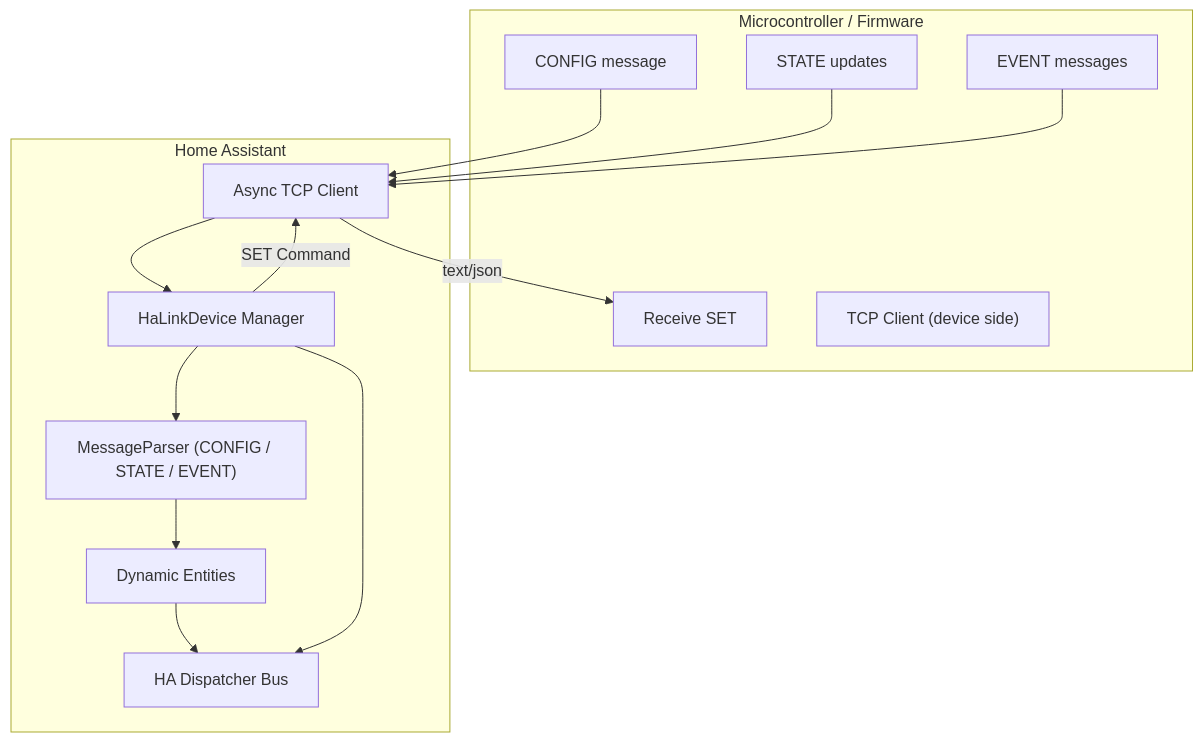
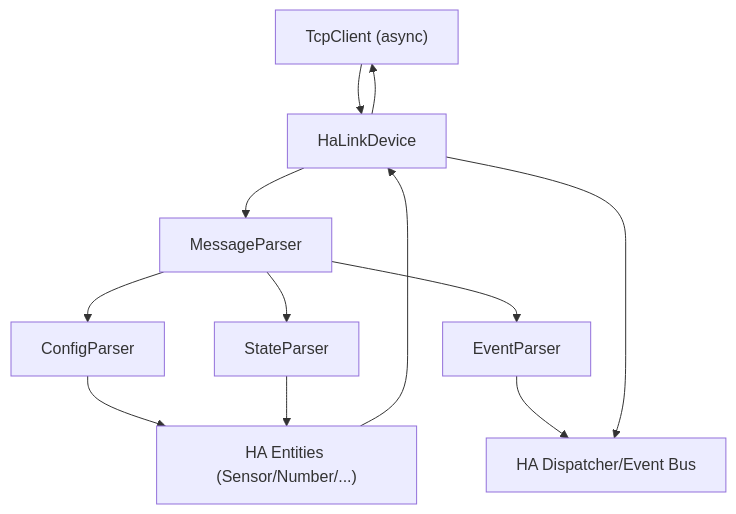
Before and after one commit to jzolee/HaLink: the second of 2 diagrams in README.md, drawn with Mermaid. The commit also changed other lines of this file, not shown here.

````diff
--- a/README.md
+++ b/README.md
@@ -94,33 +74,18 @@
 ```mermaid
 flowchart TD
+    HA_TCP["TcpClient (async)"]
+    DEV["HaLinkDevice"]
+    MP["MessageParser"]
+    CP["ConfigParser"]
+    SP["StateParser"]
+    EP["EventParser"]
+    ENT["HA Entities (Sensor/Number/...)"]
+    BUS["HA Dispatcher/Event Bus"]
 
-    subgraph MCU["Microcontroller / Firmware"]
-        CFG["CONFIG message"]
-        ST["STATE updates"]
-        EVT["EVENT messages"]
-        SET_RX["Receive SET"]
-        TCP_MCU["TCP Client (device side)"]
-    end
-
-    subgraph HA["Home Assistant"]
-        TCP["Async TCP Client"]
-        DEV["HaLinkDevice Manager"]
-        PARSERS["MessageParser (CONFIG / STATE / EVENT)"]
-        ENT["Dynamic Entities"]
-        BUS["HA Dispatcher Bus"]
-    end
-
-    CFG --> TCP
-    ST --> TCP
-    EVT --> TCP
-    
-    TCP --> DEV
-    DEV --> PARSERS
-    PARSERS --> ENT
-
-    ENT --> BUS
+    HA_TCP --> DEV --> MP
+    MP --> CP --> ENT
+    MP --> SP --> ENT
+    MP --> EP --> BUS
     DEV --> BUS
-
-    DEV -->|SET Command| TCP
-    TCP -->|text/json| SET_RX
+    ENT --> DEV --> HA_TCP
 ```
````
